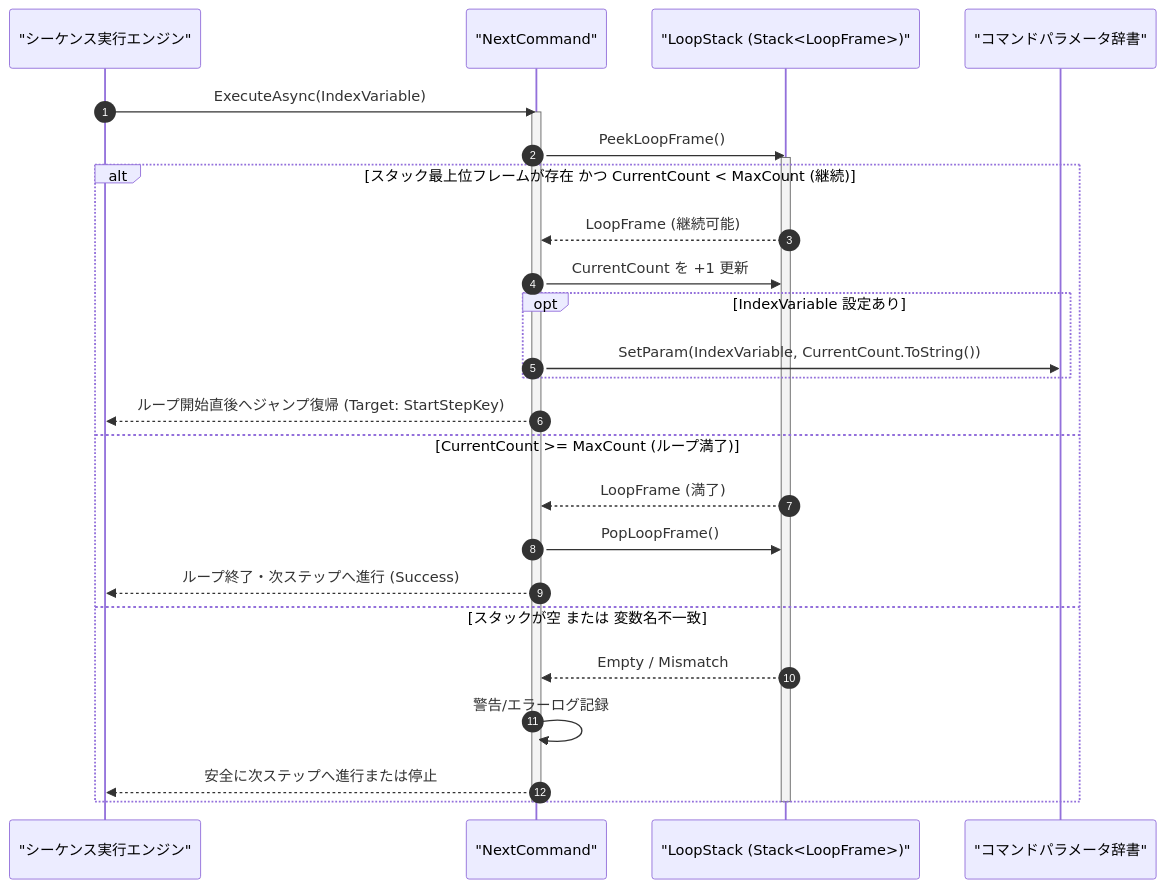
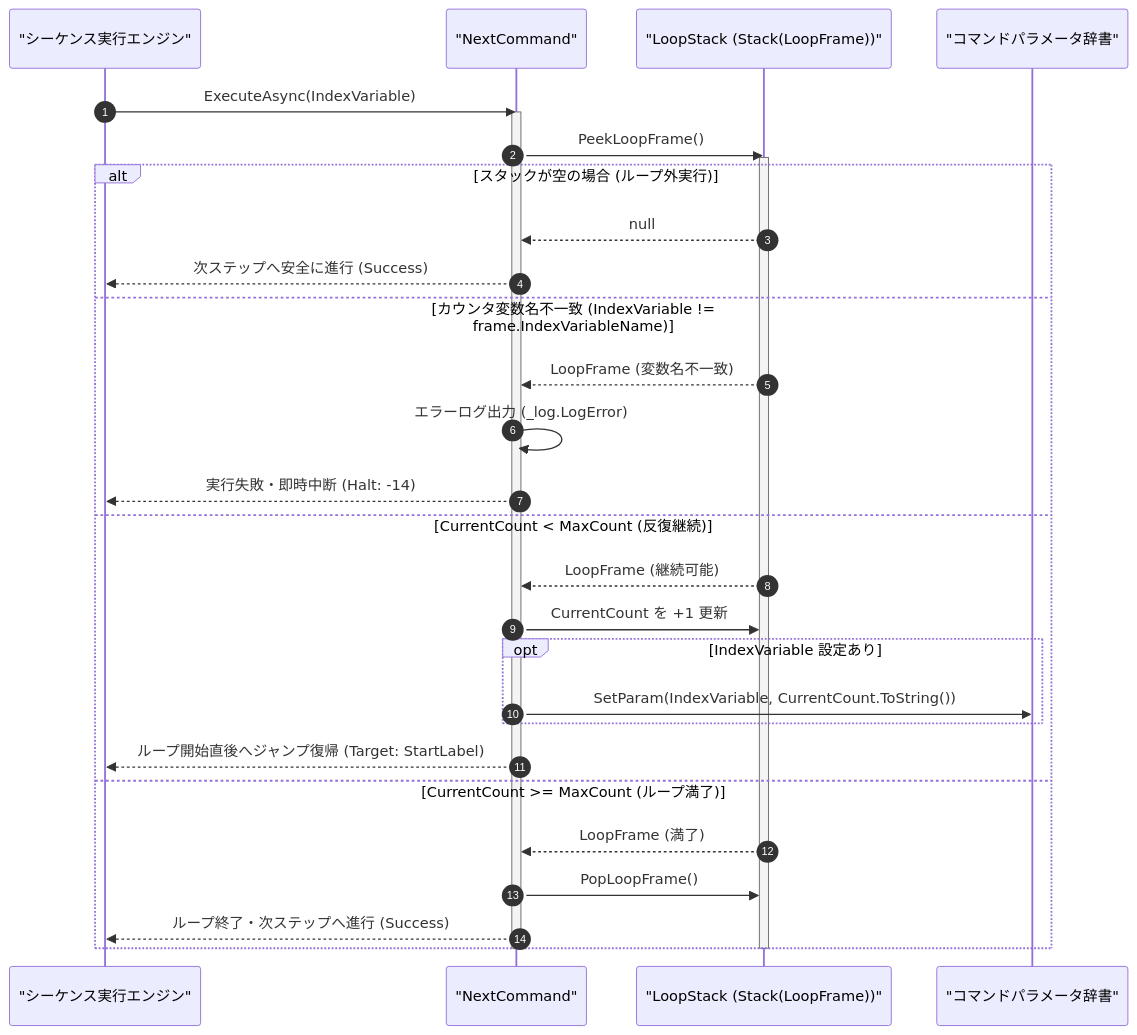
One commit to Monaca-App/TermAddIn changed the diagram in Manual/Core/Param/Next.Md. Above: the diagram before and after it, drawn with Mermaid. The commit also changed other lines of this file and 157 other files, not shown here.

````diff
--- a/Manual/Core/Param/Next.Md
+++ b/Manual/Core/Param/Next.Md
@@ -74,31 +74,34 @@
 ```mermaid
 sequenceDiagram
     autonumber
     participant Engine as "シーケンス実行エンジン"
     participant Cmd as "NextCommand"
-    participant Stack as "LoopStack (Stack<LoopFrame>)"
+    participant Stack as "LoopStack (Stack(LoopFrame))"
     participant Param as "コマンドパラメータ辞書"
 
     Engine->>Cmd: ExecuteAsync(IndexVariable)
     activate Cmd
     Cmd->>Stack: PeekLoopFrame()
     activate Stack
-    alt スタック最上位フレームが存在 かつ CurrentCount < MaxCount (継続)
+    alt スタックが空の場合 (ループ外実行)
+        Stack-->>Cmd: null
+        Cmd-->>Engine: 次ステップへ安全に進行 (Success)
+    else カウンタ変数名不一致 (IndexVariable != frame.IndexVariableName)
+        Stack-->>Cmd: LoopFrame (変数名不一致)
+        Cmd->>Cmd: エラーログ出力 (_log.LogError)
+        Cmd-->>Engine: 実行失敗・即時中断 (Halt: -14)
+    else CurrentCount < MaxCount (反復継続)
         Stack-->>Cmd: LoopFrame (継続可能)
         Cmd->>Stack: CurrentCount を +1 更新
         opt IndexVariable 設定あり
             Cmd->>Param: SetParam(IndexVariable, CurrentCount.ToString())
         end
-        Cmd-->>Engine: ループ開始直後へジャンプ復帰 (Target: StartStepKey)
+        Cmd-->>Engine: ループ開始直後へジャンプ復帰 (Target: StartLabel)
     else CurrentCount >= MaxCount (ループ満了)
         Stack-->>Cmd: LoopFrame (満了)
         Cmd->>Stack: PopLoopFrame()
         Cmd-->>Engine: ループ終了・次ステップへ進行 (Success)
-    else スタックが空 または 変数名不一致
-        Stack-->>Cmd: Empty / Mismatch
-        Cmd->>Cmd: 警告/エラーログ記録
-        Cmd-->>Engine: 安全に次ステップへ進行または停止
     end
     deactivate Stack
     deactivate Cmd
 ```
````
